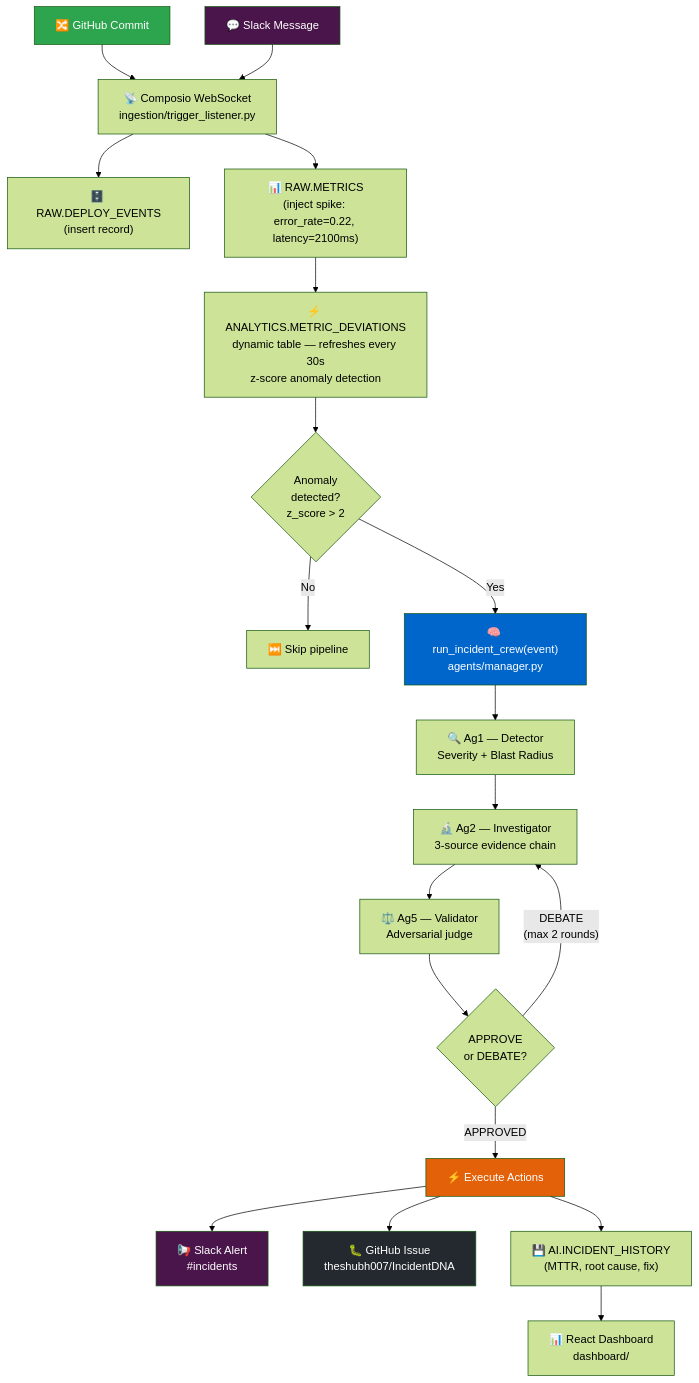
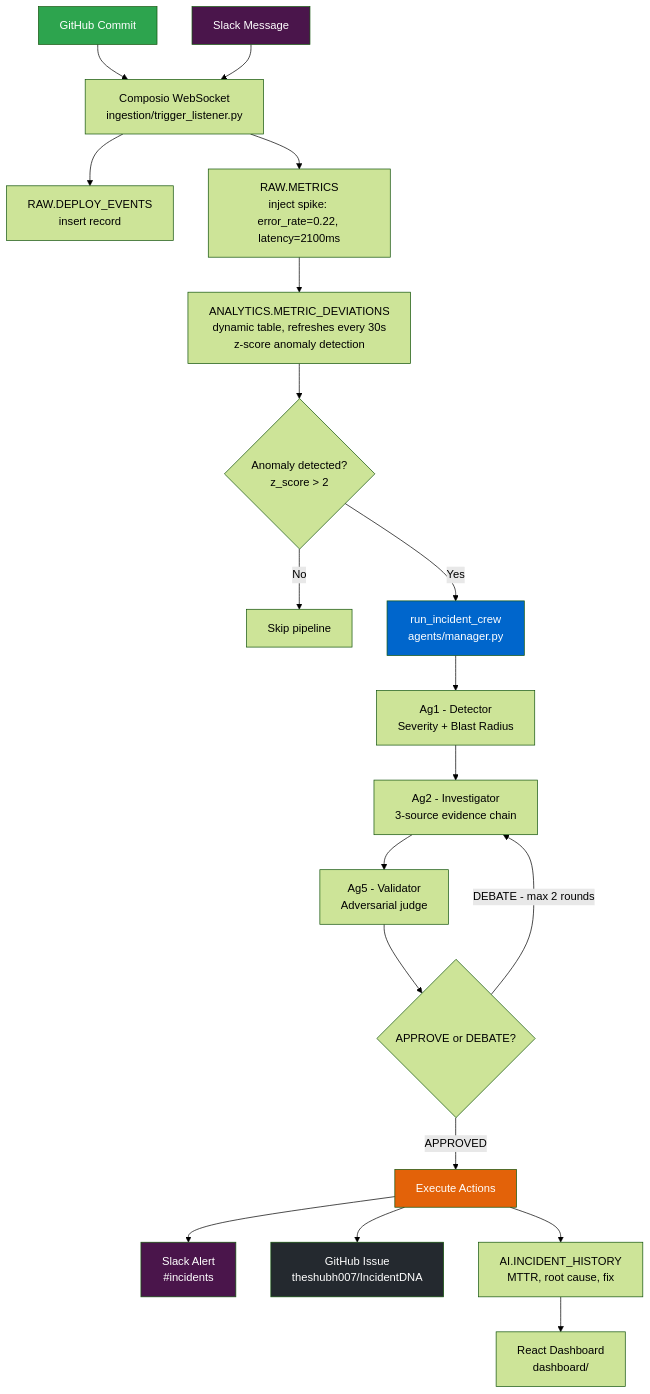
One commit to theshubh007/IncidentDNA changed the first of 6 diagrams in ARCHITECTURE.md. Above: the diagram before and after it, drawn with Mermaid (forest theme). The commit also changed other lines of this file, not shown here.

Commit message:
fix: replace \n and em-dashes in Mermaid diagrams for universal rendering

````diff
--- a/ARCHITECTURE.md
+++ b/ARCHITECTURE.md
@@ -28,39 +32,39 @@
 ```mermaid
 flowchart TD
-    A["🔀 GitHub Commit"] --> B
-    C["💬 Slack Message"] --> B
+    A["GitHub Commit"] --> B
+    C["Slack Message"] --> B
 
-    B["📡 Composio WebSocket\ningestion/trigger_listener.py"]
+    B["Composio WebSocket<br/>ingestion/trigger_listener.py"]
 
-    B --> D["🗄️ RAW.DEPLOY_EVENTS\n(insert record)"]
-    B --> E["📊 RAW.METRICS\n(inject spike: error_rate=0.22, latency=2100ms)"]
+    B --> D["RAW.DEPLOY_EVENTS<br/>insert record"]
+    B --> E["RAW.METRICS<br/>inject spike: error_rate=0.22, latency=2100ms"]
 
-    E --> F["⚡ ANALYTICS.METRIC_DEVIATIONS\ndynamic table — refreshes every 30s\nz-score anomaly detection"]
+    E --> F["ANALYTICS.METRIC_DEVIATIONS<br/>dynamic table, refreshes every 30s<br/>z-score anomaly detection"]
 
-    F --> G{"Anomaly\ndetected?\nz_score > 2"}
-    G -- "No" --> H["⏭️ Skip pipeline"]
-    G -- "Yes" --> I
+    F --> G{"Anomaly detected?<br/>z_score > 2"}
+    G -- No --> H["Skip pipeline"]
+    G -- Yes --> I
 
-    I["🧠 run_incident_crew(event)\nagents/manager.py"]
+    I["run_incident_crew<br/>agents/manager.py"]
 
-    I --> AG1["🔍 Ag1 — Detector\nSeverity + Blast Radius"]
-    AG1 --> AG2["🔬 Ag2 — Investigator\n3-source evidence chain"]
-    AG2 --> AG5["⚖️ Ag5 — Validator\nAdversarial judge"]
+    I --> AG1["Ag1 - Detector<br/>Severity + Blast Radius"]
+    AG1 --> AG2["Ag2 - Investigator<br/>3-source evidence chain"]
+    AG2 --> AG5["Ag5 - Validator<br/>Adversarial judge"]
 
-    AG5 --> V{"APPROVE\nor DEBATE?"}
-    V -- "DEBATE\n(max 2 rounds)" --> AG2
-    V -- "APPROVED" --> ACT["⚡ Execute Actions"]
+    AG5 --> V{"APPROVE or DEBATE?"}
+    V -- "DEBATE - max 2 rounds" --> AG2
+    V -- APPROVED --> ACT["Execute Actions"]
 
-    ACT --> SL["📢 Slack Alert\n#incidents"]
-    ACT --> GH["🐛 GitHub Issue\ntheshubh007/IncidentDNA"]
-    ACT --> DB["💾 AI.INCIDENT_HISTORY\n(MTTR, root cause, fix)"]
+    ACT --> SL["Slack Alert<br/>#incidents"]
+    ACT --> GH["GitHub Issue<br/>theshubh007/IncidentDNA"]
+    ACT --> DB["AI.INCIDENT_HISTORY<br/>MTTR, root cause, fix"]
 
-    DB --> UI["📊 React Dashboard\ndashboard/"]
+    DB --> UI["React Dashboard<br/>dashboard/"]
 
     style A fill:#2da44e,color:#fff
     style C fill:#4a154b,color:#fff
     style I fill:#0066cc,color:#fff
     style ACT fill:#e36209,color:#fff
     style SL fill:#4a154b,color:#fff
     style GH fill:#24292f,color:#fff
 ```
````
